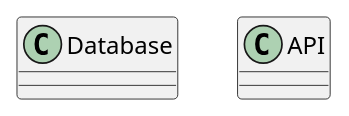
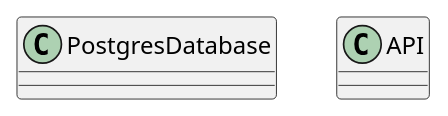
The diagram in architecture.puml (rempill/devflow-test), drawn with PlantUML before and after one commit. The commit also changed other lines of this file, not shown here.

Commit message:
Update architecture.puml to v1.1.1

```diff
--- a/architecture.puml
+++ b/architecture.puml
@@ -2,6 +2,6 @@
 @startuml
-class Database {
+class PostgresDatabase {
 }
 class API {
 }
 @enduml
```
